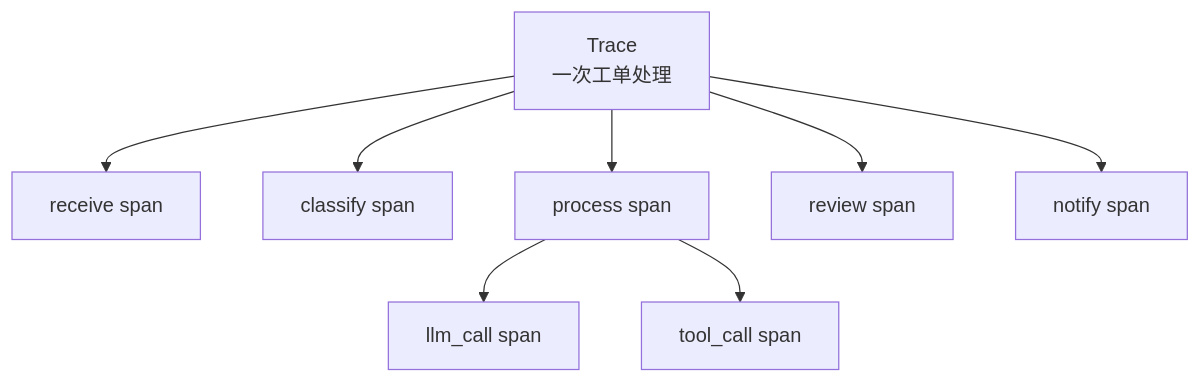
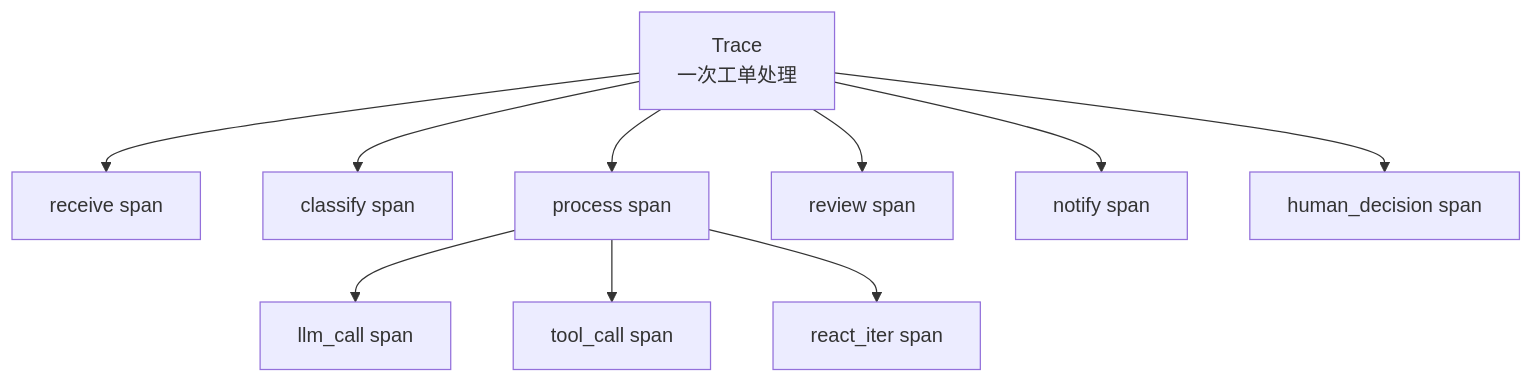
Before and after one commit to ArtLjn/AgentDesk: the diagram in docs/design-spec/01_正式设计/06_可观测与执行追踪设计.md, drawn with Mermaid. The commit also changed other lines of this file and 23 other files, not shown here.

````diff
--- a/docs/design-spec/01_正式设计/06_可观测与执行追踪设计.md
+++ b/docs/design-spec/01_正式设计/06_可观测与执行追踪设计.md
@@ -9,10 +9,12 @@
 ```mermaid
 flowchart TB
     T[Trace<br/>一次工单处理] --> S1[receive span]
     T --> S2[classify span]
     T --> S3[process span]
     T --> S4[review span]
     T --> S5[notify span]
+    T --> S6[human_decision span]
     S3 --> S31[llm_call span]
     S3 --> S32[tool_call span]
+    S3 --> S33[react_iter span]
 ```
````
